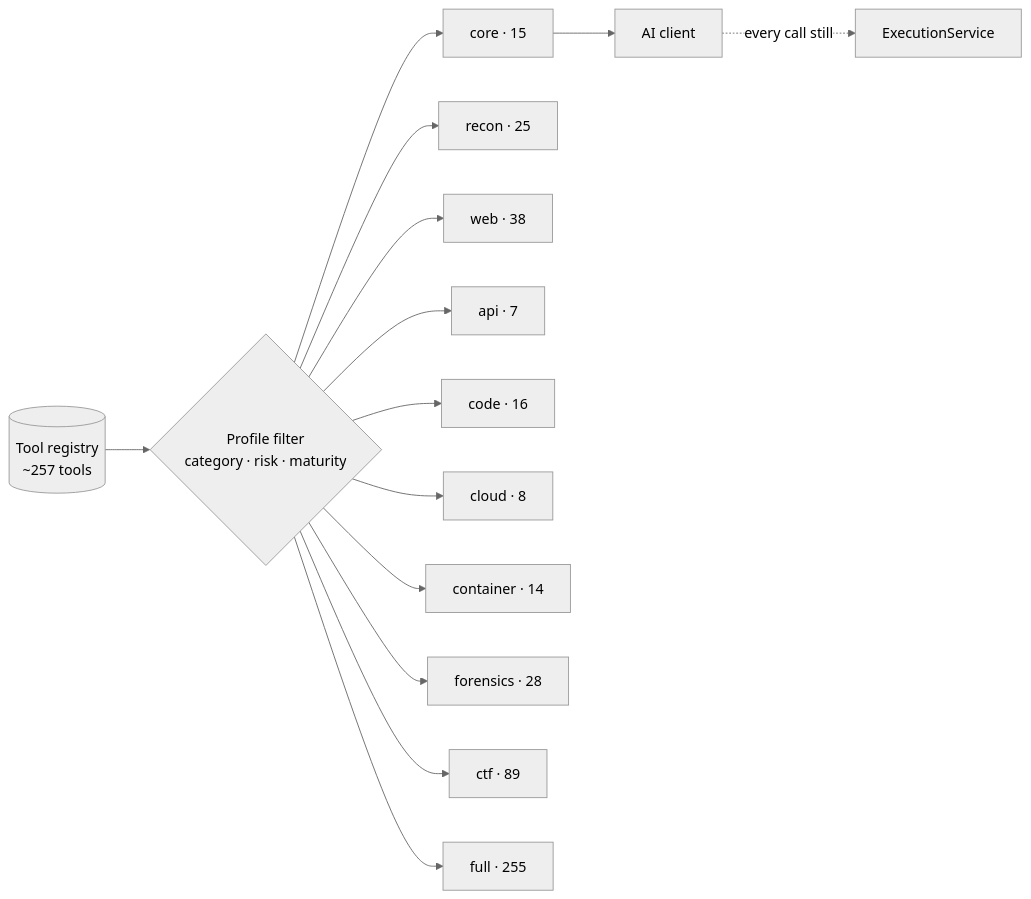
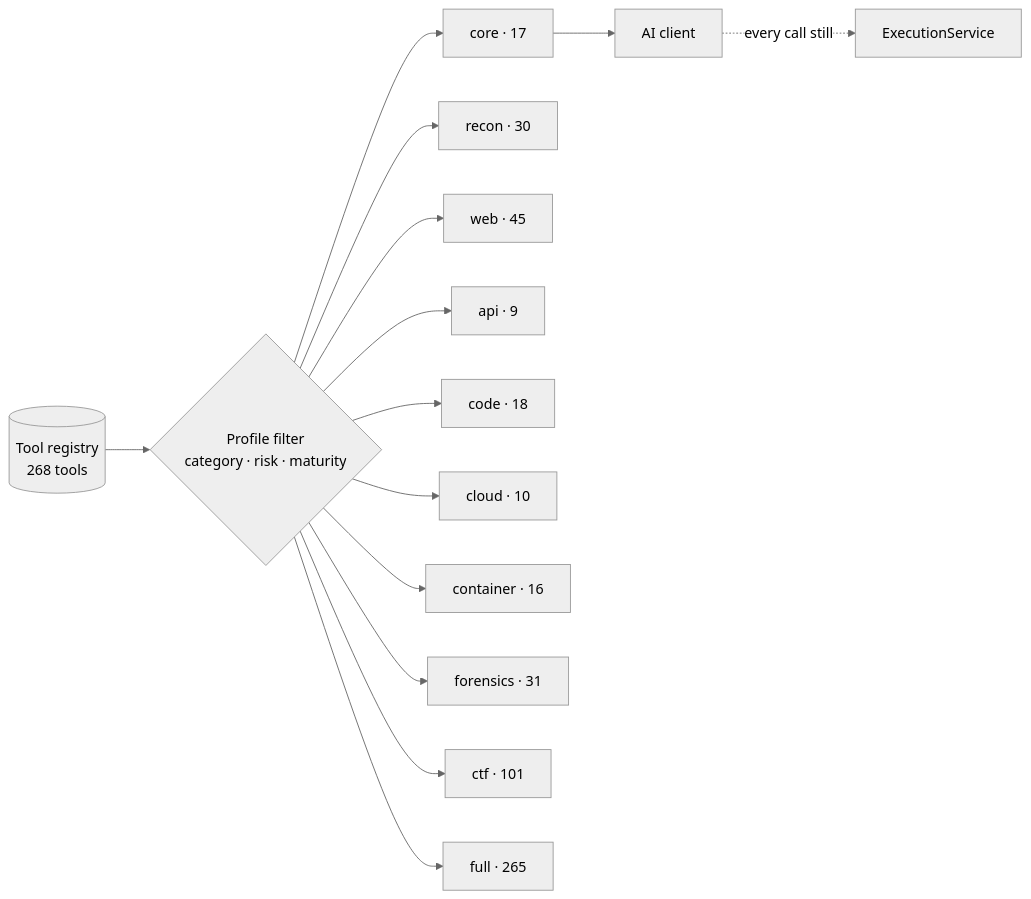
Before and after one commit to Arseno25/nexhunter: the sixth of 6 diagrams in docs/architecture.md, drawn with Mermaid (neutral theme). The commit also changed other lines of this file and 37 other files, not shown here.

First line of the commit message:
refactor(tools): split registry into per-category package, add auth category

````diff
--- a/docs/architecture.md
+++ b/docs/architecture.md
@@ -201,17 +201,17 @@
 ```mermaid
 flowchart LR
-    REG[(Tool registry<br/>~257 tools)] --> F{Profile filter<br/>category · risk · maturity}
-    F --> C[core · 15]
-    F --> RC[recon · 25]
-    F --> W[web · 38]
-    F --> AP[api · 7]
-    F --> CD[code · 16]
-    F --> CL[cloud · 8]
-    F --> CT[container · 14]
-    F --> FR[forensics · 28]
-    F --> CTF[ctf · 89]
-    F --> FU[full · 255]
+    REG[(Tool registry<br/>268 tools)] --> F{Profile filter<br/>category · risk · maturity}
+    F --> C[core · 17]
+    F --> RC[recon · 30]
+    F --> W[web · 45]
+    F --> AP[api · 9]
+    F --> CD[code · 18]
+    F --> CL[cloud · 10]
+    F --> CT[container · 16]
+    F --> FR[forensics · 31]
+    F --> CTF[ctf · 101]
+    F --> FU[full · 265]
 
     C --> CLIENT[AI client]
     CLIENT -.->|every call still| SVC[ExecutionService]
 ```
````
